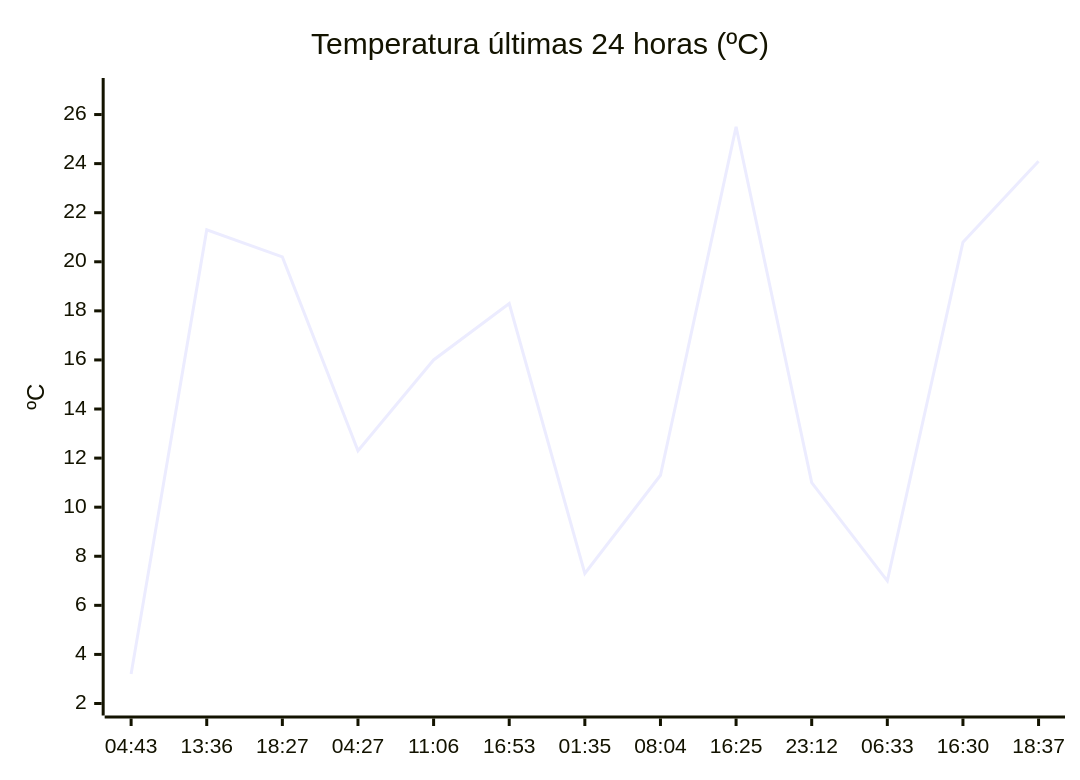
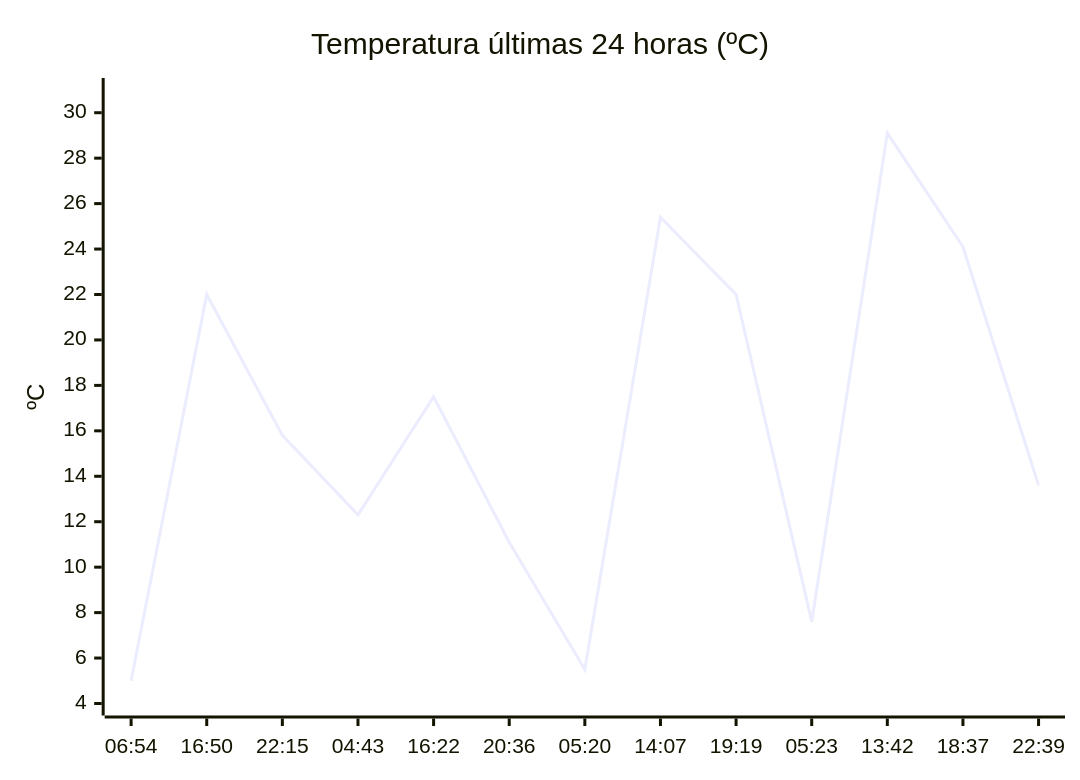
Before and after one commit to solidsnk86/rem-scrap: the diagram in README.md, drawn with Mermaid. The commit also changed other lines of this file, not shown here.

````diff
--- a/README.md
+++ b/README.md
@@ -36,7 +32,7 @@
 ```mermaid
 xychart-beta
     title "Temperatura últimas 24 horas (ºC)"
-    x-axis ["04:43", "13:36", "18:27", "04:27", "11:06", "16:53", "01:35", "08:04", "16:25", "23:12", "06:33", "16:30", "18:37"]
-    y-axis "ºC" 2 --> 27
-    line [3.2, 21.3, 20.2, 12.3, 16, 18.3, 7.3, 11.3, 25.5, 11, 7, 20.8, 24.1]
+    x-axis ["06:54", "16:50", "22:15", "04:43", "16:22", "20:36", "05:20", "14:07", "19:19", "05:23", "13:42", "18:37", "22:39"]
+    y-axis "ºC" 4 --> 31
+    line [5, 22, 15.8, 12.3, 17.5, 11.1, 5.5, 25.4, 22, 7.6, 29.1, 24.1, 13.6]
 ```
````
